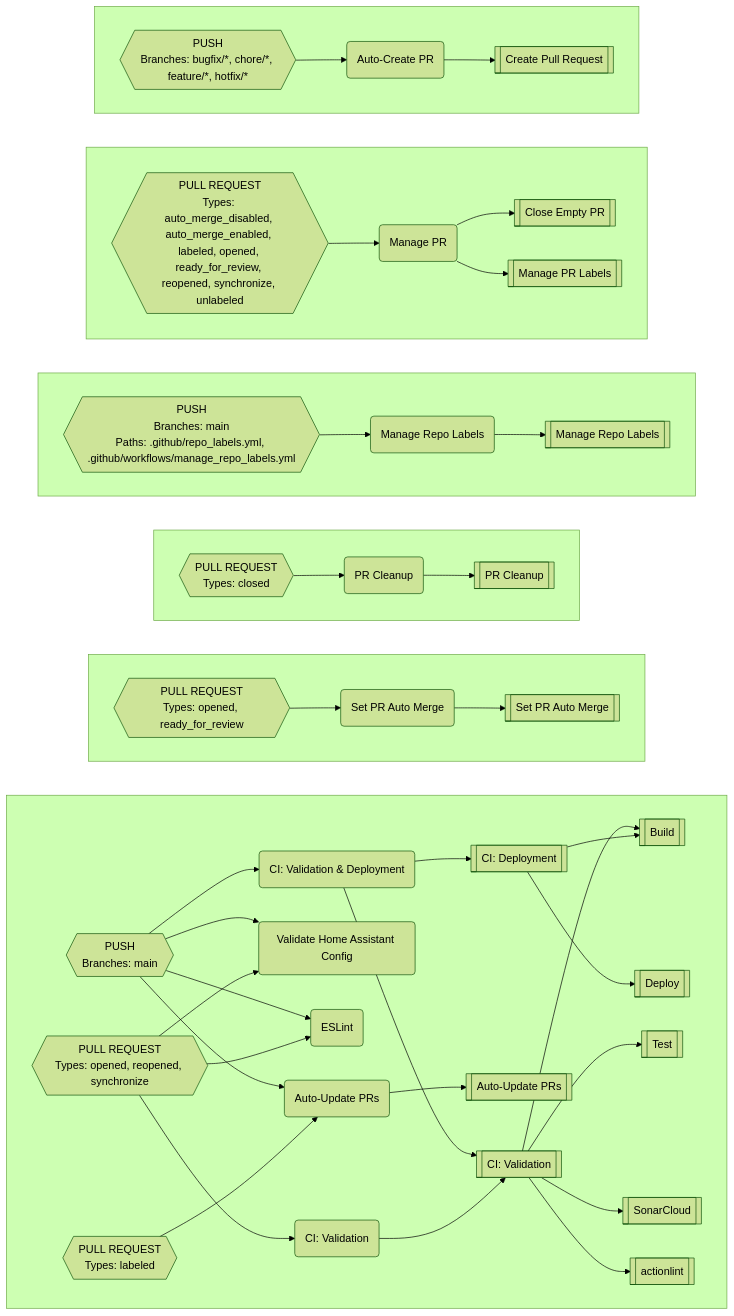
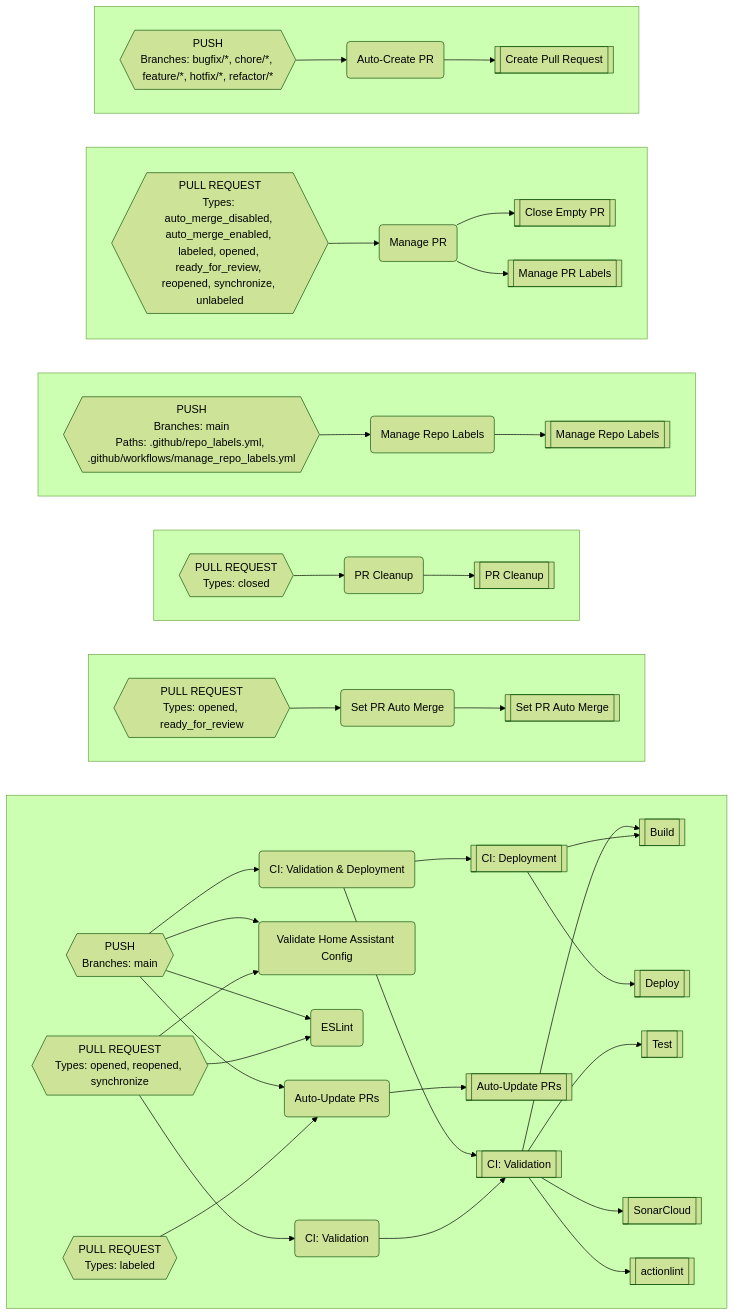
One commit to worgarside/github-config-files changed the diagram in README.md. Above: the diagram before and after it, drawn with Mermaid (forest theme). The commit also changed 4 other files, not shown here.

```diff
--- a/README.md
+++ b/README.md
@@ -420,7 +420,7 @@
 BE[["Test"]]
 BH("Auto-Create PR")
 BI{{"PUSH
-Branches: bugfix/*, chore/*, feature/*, hotfix/*
+Branches: bugfix/*, chore/*, feature/*, hotfix/*, refactor/*
 "}}
 BK("Manage PR")
 BL{{"PULL REQUEST
```
